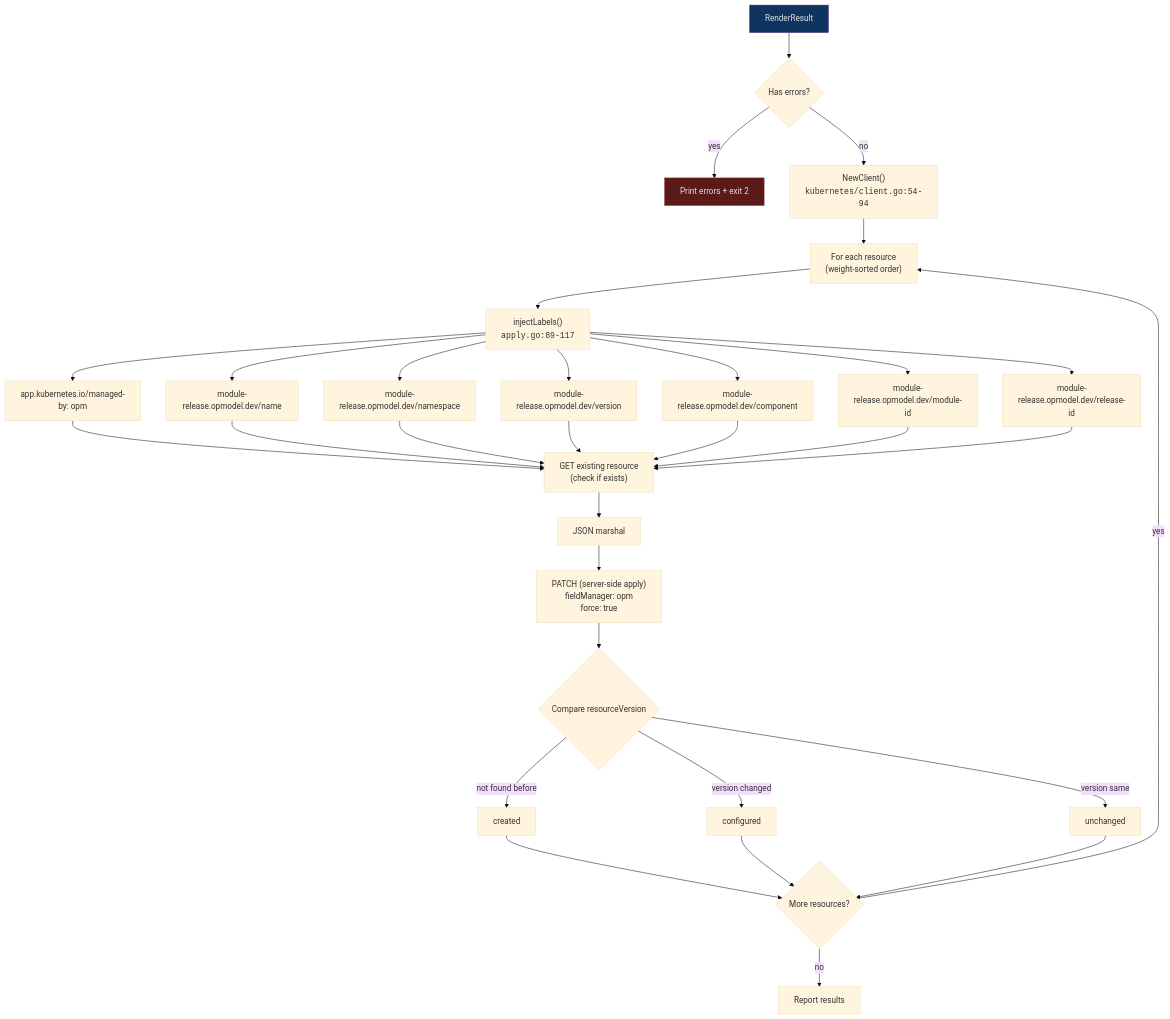
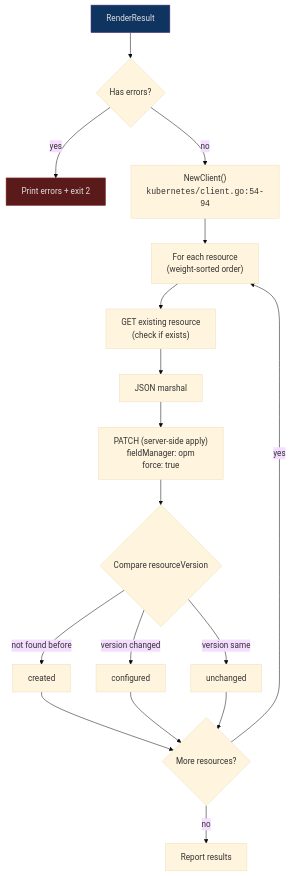
Before and after one commit to open-platform-model/cli: the fourth of 4 diagrams in docs/design/render-pipeline.md, drawn with Mermaid (base theme). The commit also changed other lines of this file and 16 other files, not shown here.

````diff
--- a/docs/design/render-pipeline.md
+++ b/docs/design/render-pipeline.md
@@ -591,33 +591,24 @@
 ```mermaid
 flowchart TD
     RR[RenderResult] --> CHK{Has errors?}
     CHK -- yes --> FAIL[Print errors + exit 2]
     CHK -- no --> K8S["NewClient()<br/><code>kubernetes/client.go:54-94</code>"]
 
     K8S --> LOOP["For each resource<br/>(weight-sorted order)"]
 
-    LOOP --> INJ["injectLabels()<br/><code>apply.go:89-117</code>"]
-    INJ --> INJ1["app.kubernetes.io/managed-by: opm"]
-    INJ --> INJ2["module-release.opmodel.dev/name"]
-    INJ --> INJ3["module-release.opmodel.dev/namespace"]
-    INJ --> INJ4["module-release.opmodel.dev/version"]
-    INJ --> INJ5["module-release.opmodel.dev/component"]
-    INJ --> INJ6["module-release.opmodel.dev/module-id"]
-    INJ --> INJ7["module-release.opmodel.dev/release-id"]
-
-    INJ1 & INJ2 & INJ3 & INJ4 & INJ5 & INJ6 & INJ7 --> GET["GET existing resource<br/>(check if exists)"]
+    LOOP --> GET["GET existing resource<br/>(check if exists)"]
 
     GET --> MARSHAL["JSON marshal"]
     MARSHAL --> PATCH["PATCH (server-side apply)<br/>fieldManager: opm<br/>force: true"]
     PATCH --> STATUS{"Compare resourceVersion"}
     STATUS -- "not found before" --> CREATED["created"]
     STATUS -- "version changed" --> CONFIGURED["configured"]
     STATUS -- "version same" --> UNCHANGED["unchanged"]
 
     CREATED & CONFIGURED & UNCHANGED --> NEXT{More resources?}
     NEXT -- yes --> LOOP
     NEXT -- no --> REPORT["Report results"]
 
     style RR fill:#0f3460,stroke:#533483,color:#e0e0e0
     style FAIL fill:#5a1a1a,stroke:#8a2d2d,color:#e0e0e0
 ```
````
